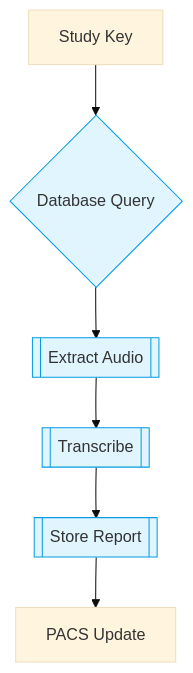
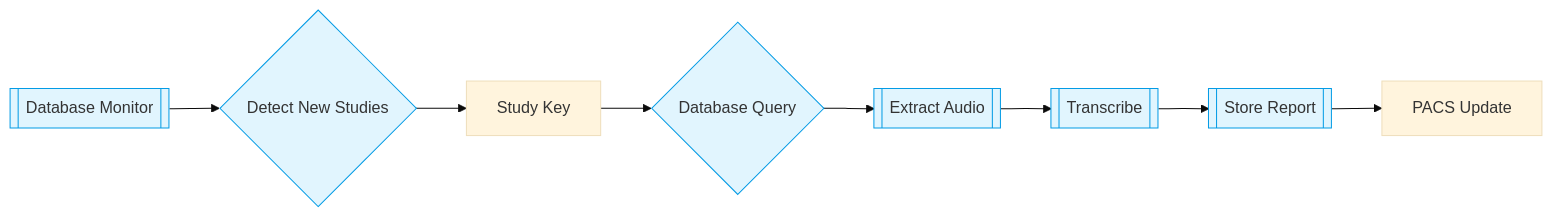
One commit to alirzamahmoodi/SRwithenhancedSOP changed the first of 2 diagrams in docs/high_level/architecture.md. Above: the diagram before and after it, drawn with Mermaid (base theme). The commit also changed other lines of this file and 3 other files, not shown here.

First line of the commit message:
refactor(database): extract DatabaseMonitor class into separate module

````diff
--- a/docs/high_level/architecture.md
+++ b/docs/high_level/architecture.md
@@ -9,11 +9,13 @@
 ```mermaid
-graph TD
-    A[Study Key] --> B{Database Query}
+graph LR
+    M[[Database Monitor]] --> N{Detect New Studies}
+    N --> A[Study Key]
+    A --> B{Database Query}
     B --> C[[Extract Audio]]
     C --> D[[Transcribe]]
     D --> E[[Store Report]]
     E --> F[PACS Update]
-    
+
     classDef process fill:#e1f5fe,stroke:#039be5;
-    class B,C,D,E process
+    class M,N,B,C,D,E process
 ```
````
